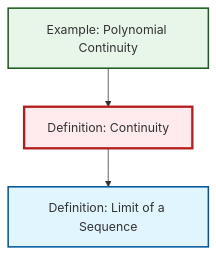
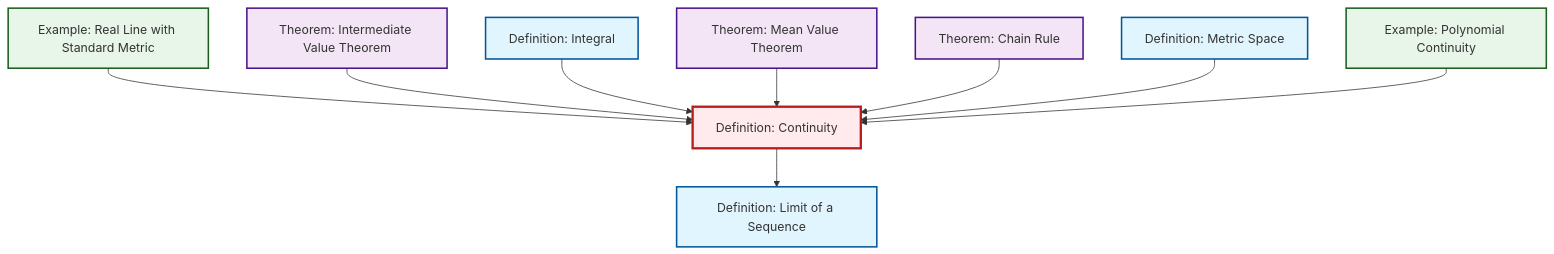
One commit to RK0429/ModernMath changed the diagram in content/en/analysis/def-continuity.qmd. Above: the diagram before and after it, drawn with Mermaid. The commit also changed other lines of this file and 203 other files, not shown here.

````diff
--- a/content/en/analysis/def-continuity.qmd
+++ b/content/en/analysis/def-continuity.qmd
@@ -57,18 +57,27 @@
 ```{mermaid}
 %%| fig-cap: "Local dependency graph"
 graph TD
     classDef definition fill:#e1f5fe,stroke:#01579b,stroke-width:2px
     classDef theorem fill:#f3e5f5,stroke:#4a148c,stroke-width:2px
     classDef axiom fill:#fff3e0,stroke:#e65100,stroke-width:2px
     classDef example fill:#e8f5e9,stroke:#1b5e20,stroke-width:2px
     classDef current fill:#ffebee,stroke:#b71c1c,stroke-width:3px
+    thm-chain-rule["Theorem: Chain Rule"]:::theorem
     def-continuity["Definition: Continuity"]:::definition
     ex-polynomial-continuity["Example: Polynomial Continuity"]:::example
     def-limit["Definition: Limit of a Sequence"]:::definition
+    thm-mean-value["Theorem: Mean Value Theorem"]:::theorem
+    ex-real-line-metric["Example: Real Line with Standard Metric"]:::example
+    def-metric-space["Definition: Metric Space"]:::definition
+    def-integral["Definition: Integral"]:::definition
+    thm-intermediate-value["Theorem: Intermediate Value Theorem"]:::theorem
     def-continuity --> def-limit
+    ex-real-line-metric --> def-continuity
+    thm-intermediate-value --> def-continuity
+    def-integral --> def-continuity
+    thm-mean-value --> def-continuity
+    thm-chain-rule --> def-continuity
+    def-metric-space --> def-continuity
     ex-polynomial-continuity --> def-continuity
     class def-continuity current
-
-    click ex-polynomial-continuity "ex-polynomial-continuity.html" "Go to Polynomial Continuity example"
-    click def-limit "def-limit.html" "Go to Limit of a Sequence definition"
 ```
````
